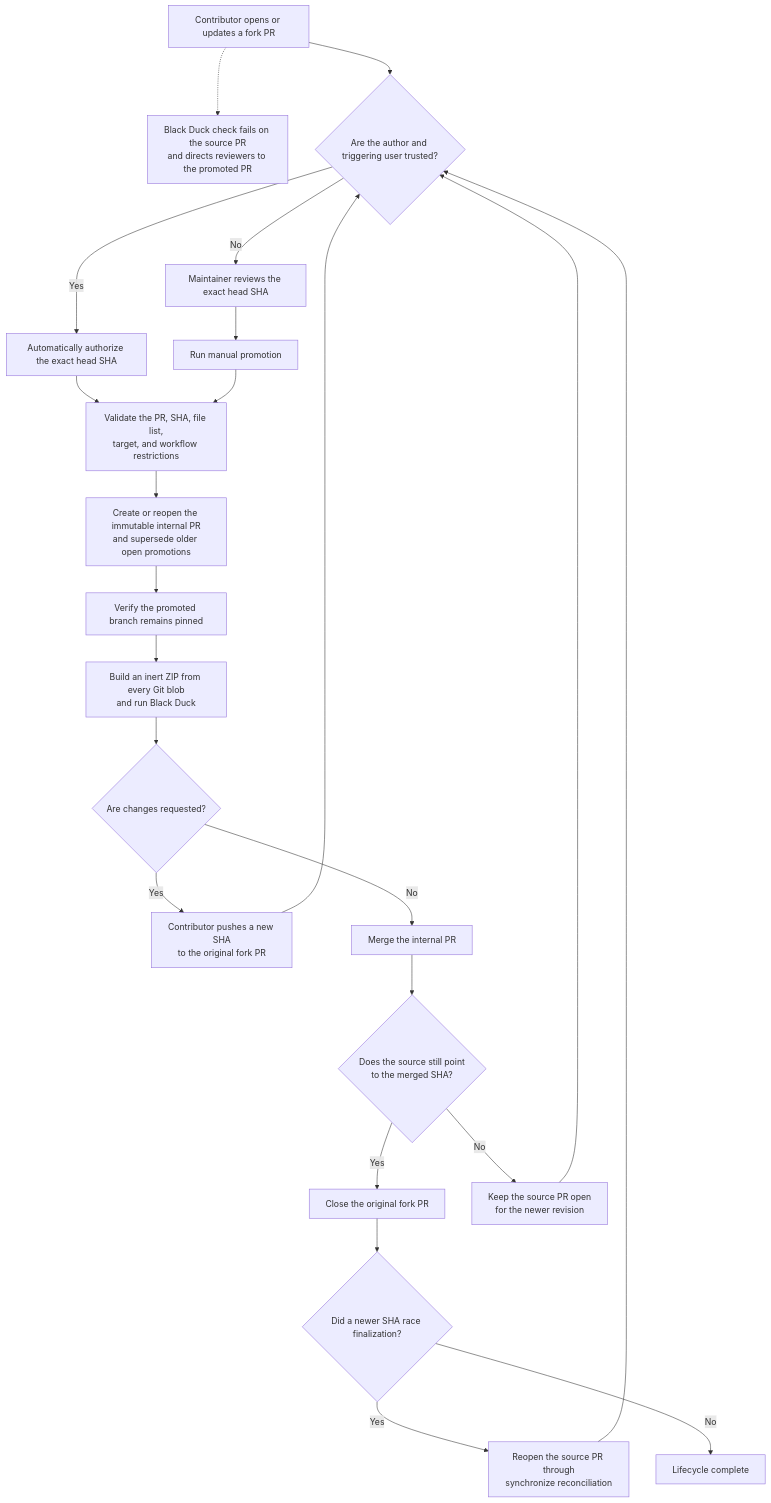
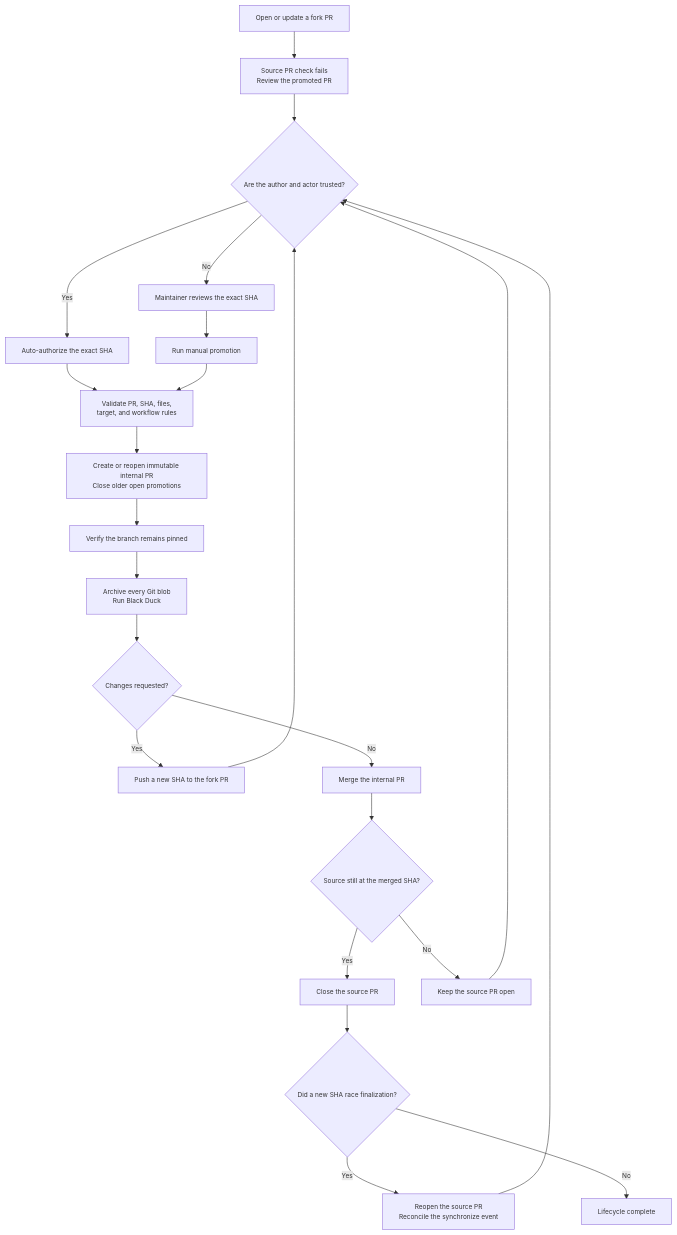
Before and after one commit to NeethuESim/mcp: the diagram in docs/fork-pr-promotion.md, drawn with Mermaid.

Commit message:
fix: update process diagram font size for mermaid

````diff
--- a/docs/fork-pr-promotion.md
+++ b/docs/fork-pr-promotion.md
@@ -18,26 +18,27 @@
 ```mermaid
+%%{init: {"themeVariables": {"fontSize": "12px"}}}%%
 flowchart TD
-    A["Contributor opens or updates a fork PR"]
-    A -.-> G["Black Duck check fails on the source PR<br/>and directs reviewers to the promoted PR"]
-    A --> B{"Are the author and triggering user trusted?"}
-    B -- Yes --> C["Automatically authorize the exact head SHA"]
-    B -- No --> D["Maintainer reviews the exact head SHA"]
+    A["Open or update a fork PR"]
+    A --> G["Source PR check fails<br/>Review the promoted PR"]
+    G --> B{"Are the author and actor trusted?"}
+    B -- Yes --> C["Auto-authorize the exact SHA"]
+    B -- No --> D["Maintainer reviews the exact SHA"]
     D --> E["Run manual promotion"]
-    C --> F["Validate the PR, SHA, file list,<br/>target, and workflow restrictions"]
+    C --> F["Validate PR, SHA, files,<br/>target, and workflow rules"]
     E --> F
-    F --> H["Create or reopen the immutable internal PR<br/>and supersede older open promotions"]
-    H --> I["Verify the promoted branch remains pinned"]
-    I --> J["Build an inert ZIP from every Git blob<br/>and run Black Duck"]
-    J --> K{"Are changes requested?"}
-    K -- Yes --> L["Contributor pushes a new SHA<br/>to the original fork PR"]
+    F --> H["Create or reopen immutable internal PR<br/>Close older open promotions"]
+    H --> I["Verify the branch remains pinned"]
+    I --> J["Archive every Git blob<br/>Run Black Duck"]
+    J --> K{"Changes requested?"}
+    K -- Yes --> L["Push a new SHA to the fork PR"]
     L --> B
     K -- No --> M["Merge the internal PR"]
-    M --> N{"Does the source still point<br/>to the merged SHA?"}
-    N -- Yes --> O["Close the original fork PR"]
-    N -- No --> P["Keep the source PR open<br/>for the newer revision"]
-    O --> Q{"Did a newer SHA race finalization?"}
-    Q -- Yes --> R["Reopen the source PR through<br/>synchronize reconciliation"]
+    M --> N{"Source still at the merged SHA?"}
+    N -- Yes --> O["Close the source PR"]
+    N -- No --> P["Keep the source PR open"]
+    O --> Q{"Did a new SHA race finalization?"}
+    Q -- Yes --> R["Reopen the source PR<br/>Reconcile the synchronize event"]
     Q -- No --> S["Lifecycle complete"]
     P --> B
     R --> B
 ```
````
